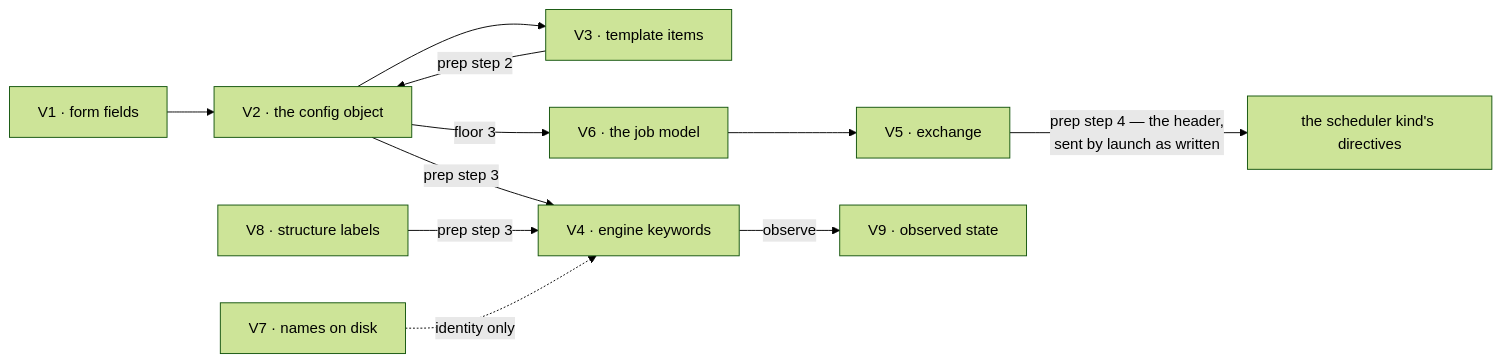
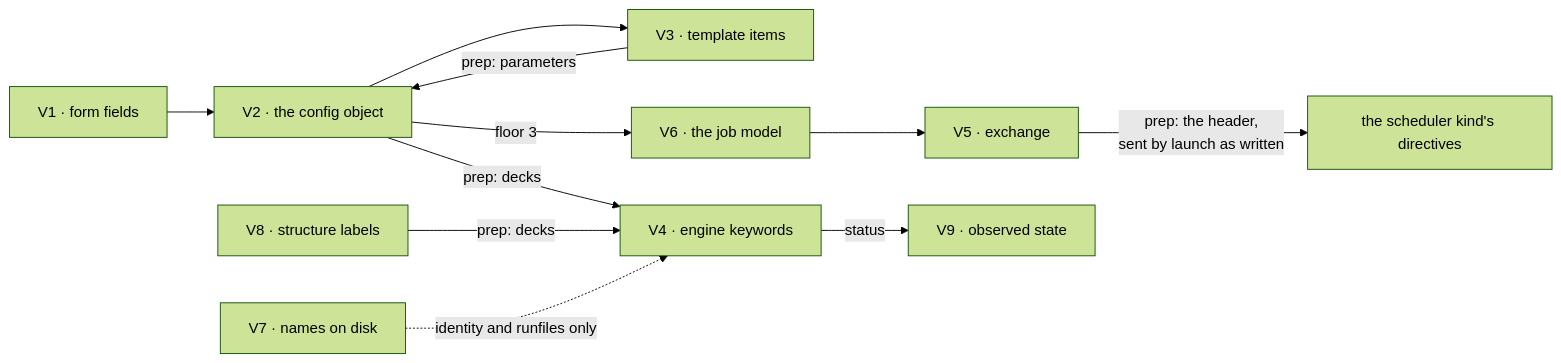
The seventh of 7 diagrams in docs/execution/architecture.md (Qing-LAB/molbuilder), drawn with Mermaid (forest theme) before and after one commit. The commit also changed other lines of this file and 30 other files, not shown here.

````diff
--- a/docs/execution/architecture.md
+++ b/docs/execution/architecture.md
@@ -1631,13 +1402,13 @@
 ```mermaid
 flowchart LR
     V1["V1 · form fields"] --> V2["V2 · the config object"]
     V2 --> V3["V3 · template items"]
-    V3 -->|"prep step 2"| V2
-    V2 -->|"prep step 3"| V4["V4 · engine keywords"]
-    V8["V8 · structure labels"] -->|"prep step 3"| V4
+    V3 -->|"prep: parameters"| V2
+    V2 -->|"prep: decks"| V4["V4 · engine keywords"]
+    V8["V8 · structure labels"] -->|"prep: decks"| V4
     V2 -->|"floor 3"| V6["V6 · the job model"]
     V6 --> V5["V5 · exchange"]
-    V5 -->|"prep step 4 — the header,<br/>sent by launch as written"| SL["the scheduler kind's directives"]
-    V7["V7 · names on disk"] -.->|"identity only"| V4
-    V4 -->|"observe"| V9["V9 · observed state"]
+    V5 -->|"prep: the header,<br/>sent by launch as written"| SL["the scheduler kind's directives"]
+    V7["V7 · names on disk"] -.->|"identity and runfiles only"| V4
+    V4 -->|"status"| V9["V9 · observed state"]
 ```
````
